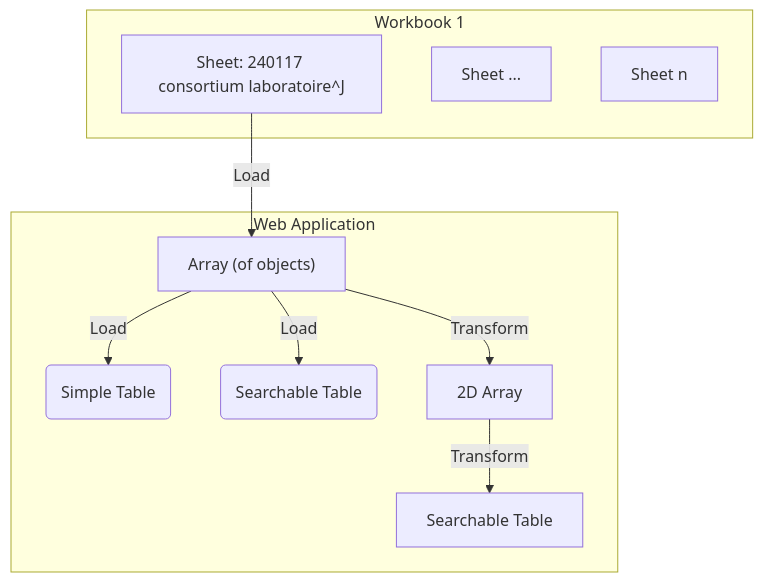
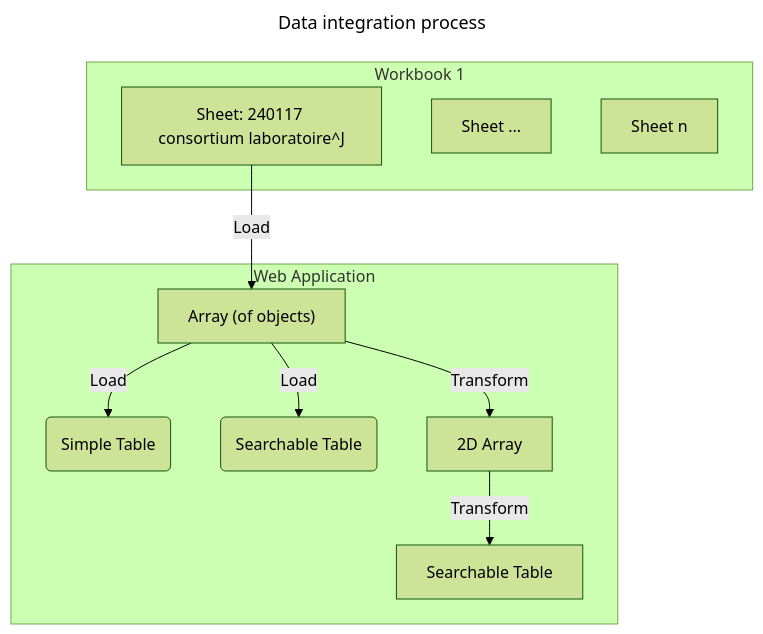
Before and after one commit to VCityTeam/PEPR-VDBI: the diagram in data-visualization/src/test-excel-import.md, drawn with Mermaid. The commit also changed 8 other files, not shown here.

Commit message:
update mermaid themes for light backgrounds

````diff
--- a/data-visualization/src/test-excel-import.md
+++ b/data-visualization/src/test-excel-import.md
@@ -19,15 +19,20 @@
 ```mermaid
+---
+title: Data integration process
+config:
+  theme: forest
+---
 flowchart TD
     subgraph "Workbook 1"
         AA[Sheet: 240117 consortium laboratoire^J]
         AB[Sheet ...]
         AC[Sheet n]
     end
     AA -->|Load| C
     subgraph Web Application
         C["Array (of objects)"] -->|Load| D(Simple Table)
         C -->|Load| E(Searchable Table)
         C -->|Transform| F[2D Array]
         F -->|Transform| G[Searchable Table]
     end
 ```
````
